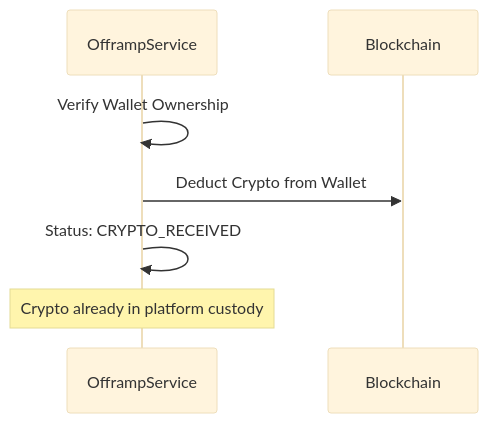
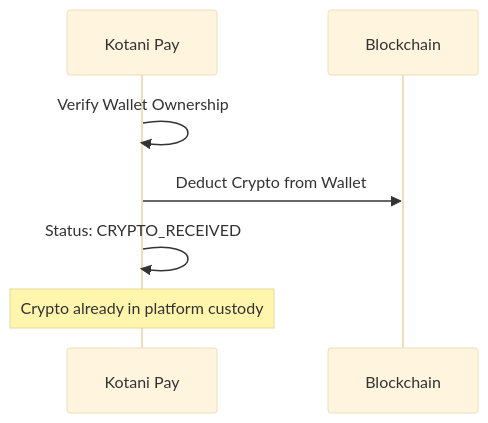
Before and after one commit to john-muinde/docs: the third of 7 diagrams in v3/flows/offramp-flow.mdx, drawn with Mermaid (base theme). The commit also changed other lines of this file and 5 other files, not shown here.

````diff
--- a/v3/flows/offramp-flow.mdx
+++ b/v3/flows/offramp-flow.mdx
@@ -80,10 +74,10 @@
 ```mermaid
 sequenceDiagram
-    participant OfframpService
+    participant Kotani Pay
     participant Blockchain
 
-    OfframpService->>OfframpService: Verify Wallet Ownership
-    OfframpService->>Blockchain: Deduct Crypto from Wallet
-    OfframpService->>OfframpService: Status: CRYPTO_RECEIVED
-    Note over OfframpService: Crypto already in platform custody
+    Kotani Pay->>Kotani Pay: Verify Wallet Ownership
+    Kotani Pay->>Blockchain: Deduct Crypto from Wallet
+    Kotani Pay->>Kotani Pay: Status: CRYPTO_RECEIVED
+    Note over Kotani Pay: Crypto already in platform custody
 ```
````
